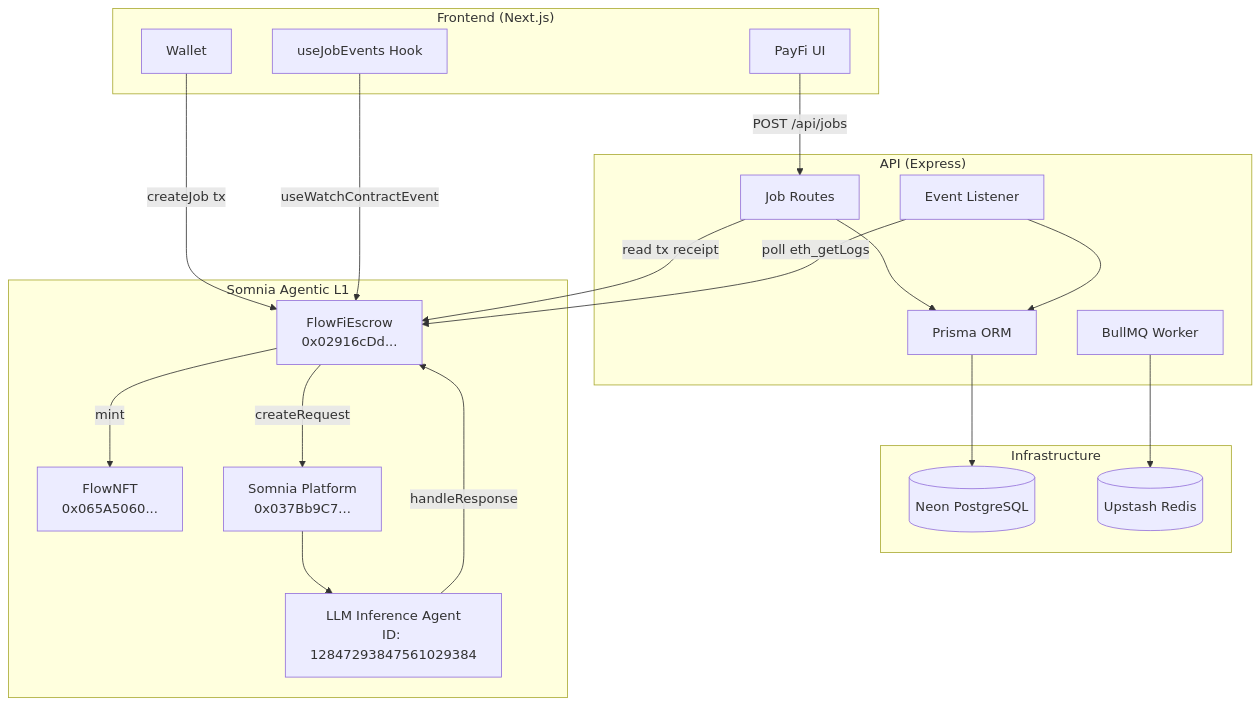
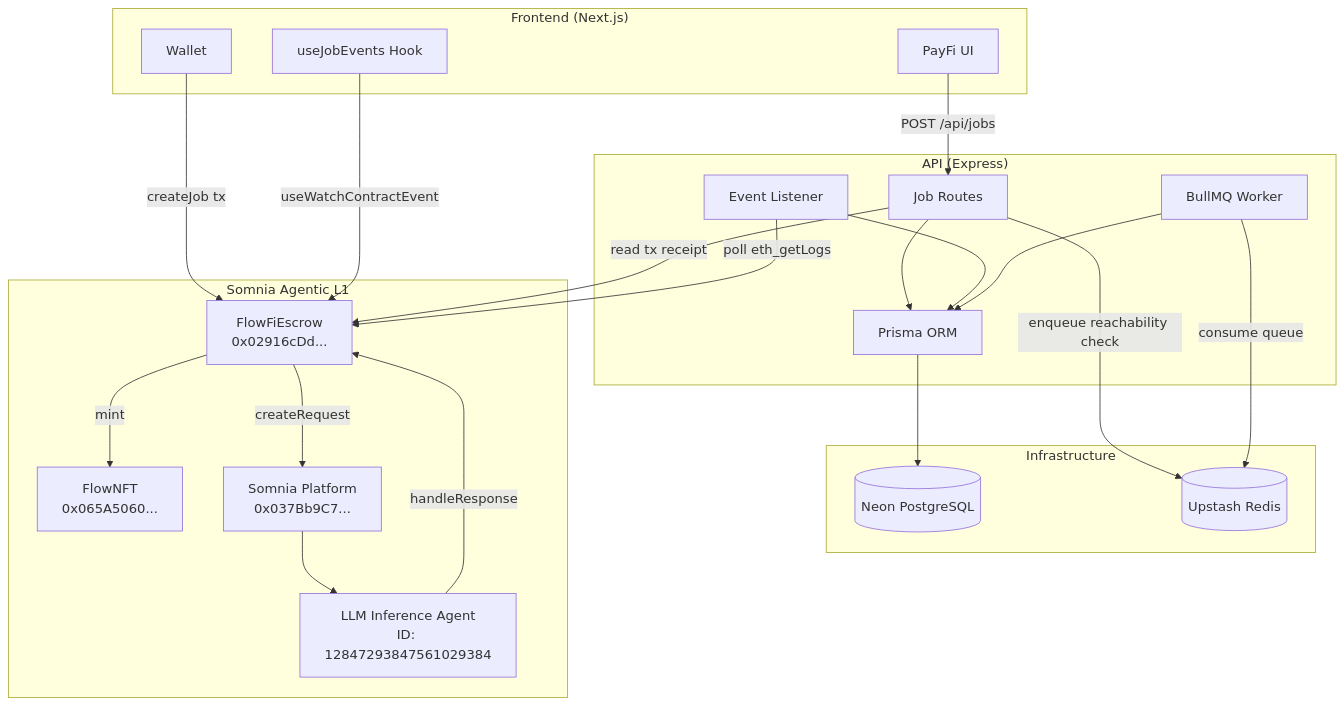
The first of 2 diagrams in README.md (kodkenyalang/payfi), drawn with Mermaid before and after one commit. The commit also changed other lines of this file and 12 other files, not shown here.

````diff
--- a/README.md
+++ b/README.md
@@ -38,40 +38,42 @@
 ```mermaid
 graph TB
     subgraph "Frontend (Next.js)"
         W[Wallet]
         UI[PayFi UI]
         WH[useJobEvents Hook]
     end
 
     subgraph "API (Express)"
         JR[Job Routes]
         EL[Event Listener]
         EW[BullMQ Worker]
         PM[Prisma ORM]
     end
 
     subgraph "Infrastructure"
         PG[(Neon PostgreSQL)]
         RD[(Upstash Redis)]
     end
 
     subgraph "Somnia Agentic L1"
         SC[FlowFiEscrow<br/>0x02916cDd...]
         NFT[FlowNFT<br/>0x065A5060...]
         PLAT[Somnia Platform<br/>0x037Bb9C7...]
         AG[LLM Inference Agent<br/>ID: 12847293847561029384]
     end
 
     W -->|createJob tx| SC
     UI -->|POST /api/jobs| JR
     JR -->|read tx receipt| SC
     JR --> PM --> PG
+    JR -->|enqueue reachability check| RD
     EL -->|poll eth_getLogs| SC
     EL --> PM
-    EW --> RD
+    EW -->|consume queue| RD
+    EW --> PM
     SC -->|createRequest| PLAT
     PLAT --> AG
     AG -->|handleResponse| SC
     SC -->|mint| NFT
     WH -->|useWatchContractEvent| SC
 ```
````
